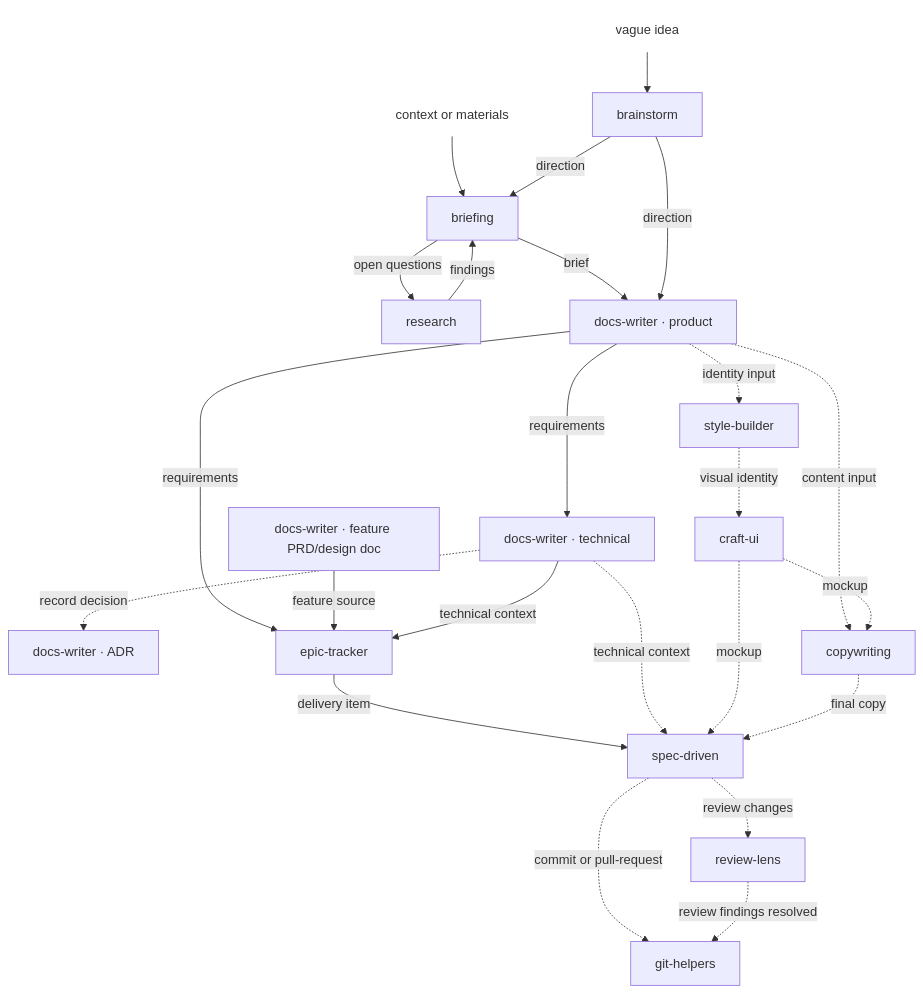
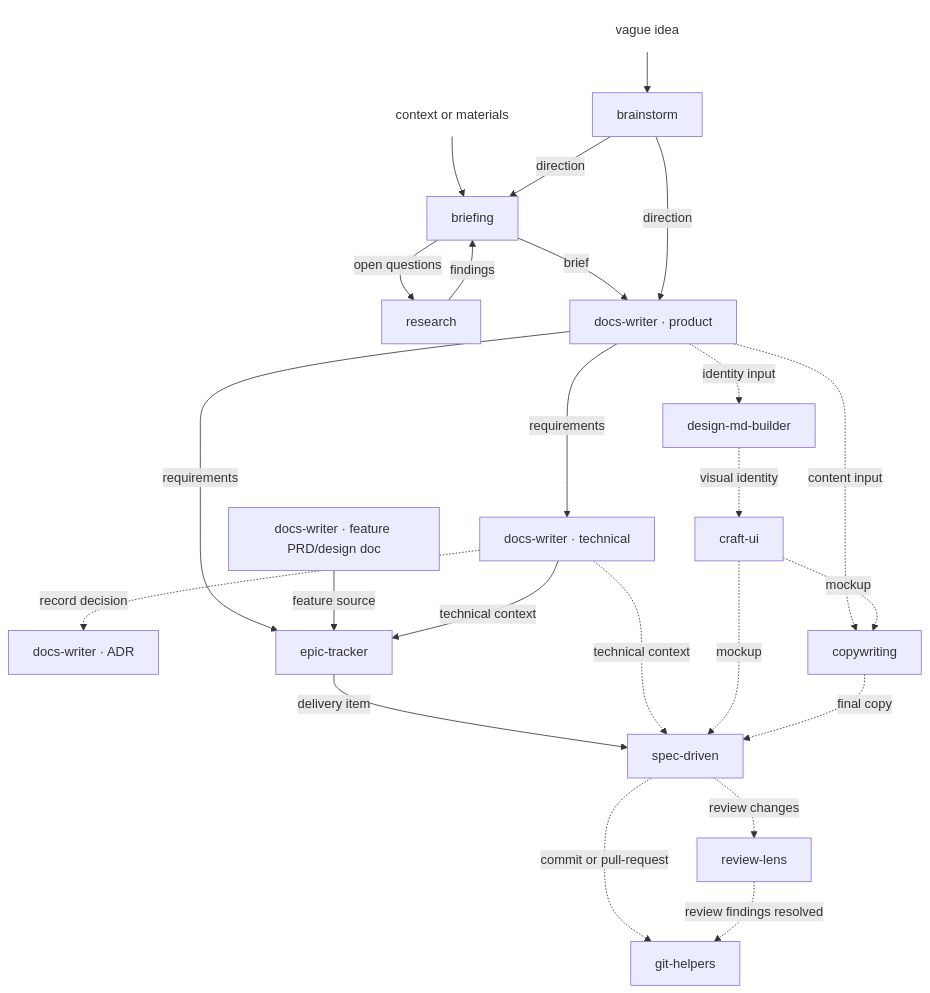
Before and after one commit to adeonir/agent-skills: the diagram in README.md, drawn with Mermaid. The commit also changed other lines of this file and 25 other files, not shown here.

Commit message:
refactor: rename style-builder to design-md-builder

````diff
--- a/README.md
+++ b/README.md
@@ -66,30 +66,30 @@
 ```mermaid
 flowchart TD
     CTX["context or materials"]:::plain --> BF[briefing]
     IDEA["vague idea"]:::plain --> BR[brainstorm]
     BR -->|direction| BF
     BF -->|open questions| RS[research]
     RS -->|findings| BF
     BF -->|brief| DW_P[docs-writer · product]
     BR -->|direction| DW_P
     DW_P -->|requirements| DW_T[docs-writer · technical]
     DW_T -.->|record decision| DW_A[docs-writer · ADR]
     DW_P -->|requirements| ET[epic-tracker]
     DW_F[docs-writer · feature PRD/design doc] -->|feature source| ET
     DW_T -->|technical context| ET
 
-    DW_P -.->|identity input| SB[style-builder]
+    DW_P -.->|identity input| SB[design-md-builder]
     SB -.->|visual identity| CU[craft-ui]
     DW_P -.->|content input| CW[copywriting]
     CU -.->|mockup| CW
 
     ET -->|delivery item| SD[spec-driven]
     DW_T -.->|technical context| SD
     CU -.->|mockup| SD
     CW -.->|final copy| SD
 
     SD -.->|review changes| RL[review-lens]
     SD -.->|commit or pull-request| GH[git-helpers]
     RL -.->|review findings resolved| GH
     classDef plain fill:transparent,stroke:transparent
 ```
````
